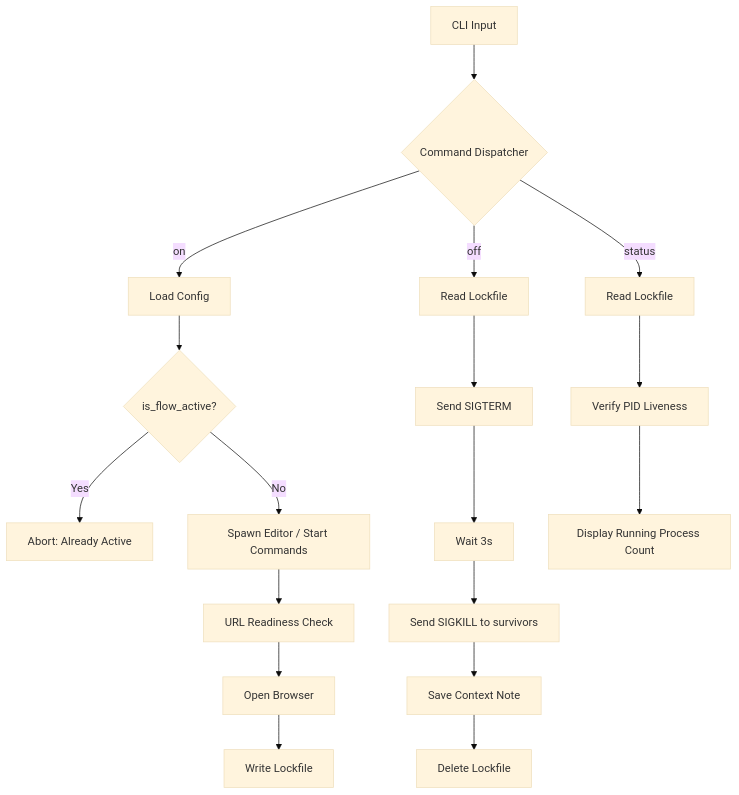
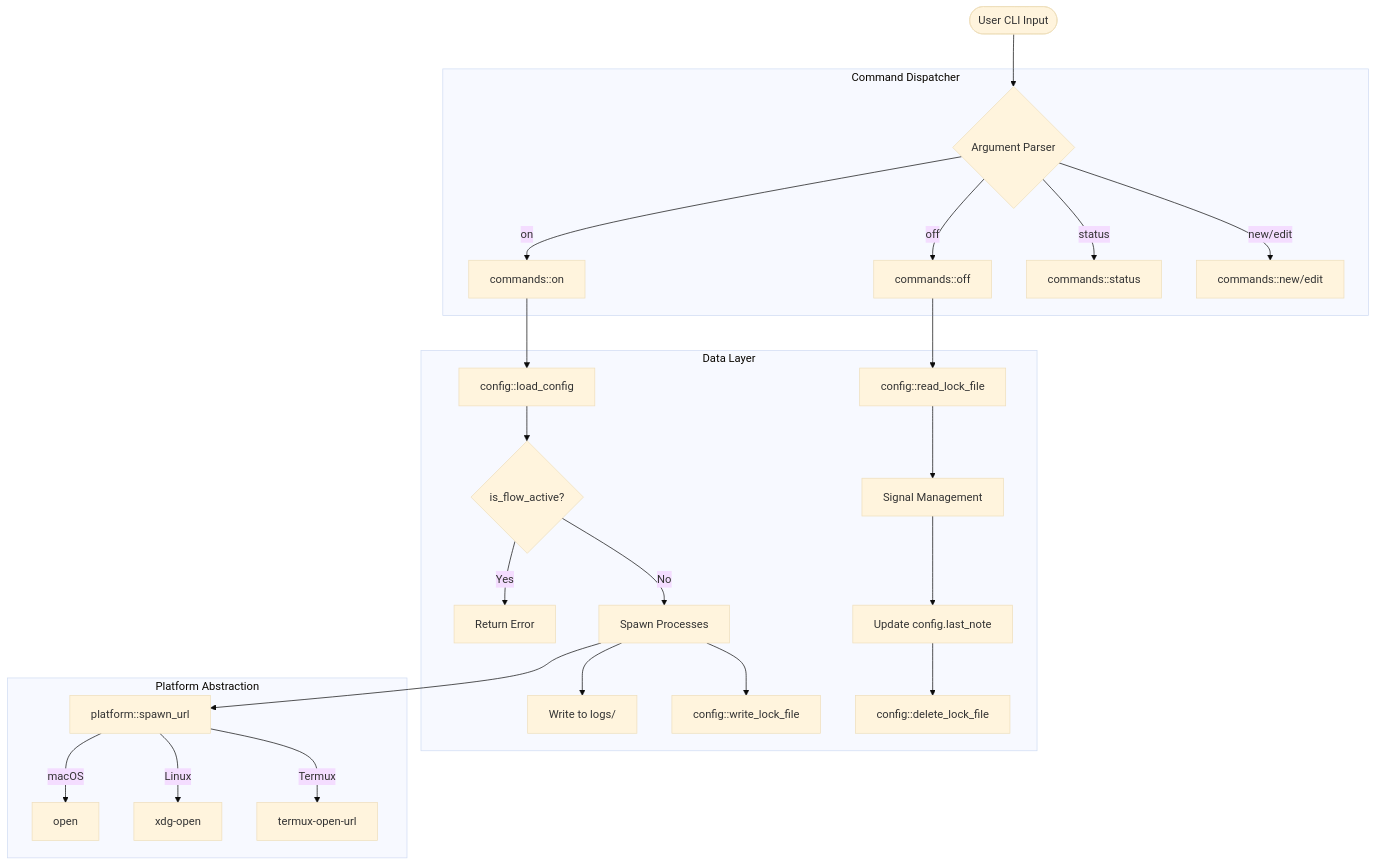
One commit to Rehanasharmin/Progflow changed the diagram in DEVELOPER.md. Above: the diagram before and after it, drawn with Mermaid (base theme). The commit also changed other lines of this file and 1 other file, not shown here.

````diff
--- a/DEVELOPER.md
+++ b/DEVELOPER.md
@@ -42,23 +49,32 @@
 ```mermaid
 graph TD
-    A[CLI Input] --> B{Command Dispatcher}
+    User([User CLI Input]) --> Clap{Argument Parser}
     
-    B -->|on| C[Load Config]
-    C --> D{is_flow_active?}
-    D -->|Yes| E[Abort: Already Active]
-    D -->|No| F[Spawn Editor / Start Commands]
-    F --> G[URL Readiness Check]
-    G --> H[Open Browser]
-    H --> I[Write Lockfile]
-    
-    B -->|off| J[Read Lockfile]
-    J --> K[Send SIGTERM]
-    K --> L[Wait 3s]
-    L --> M[Send SIGKILL to survivors]
-    M --> N[Save Context Note]
-    N --> O[Delete Lockfile]
-    
-    B -->|status| P[Read Lockfile]
-    P --> Q[Verify PID Liveness]
-    Q --> R[Display Running Process Count]
+    subgraph Command Dispatcher
+        Clap -->|on| OnCmd[commands::on]
+        Clap -->|off| OffCmd[commands::off]
+        Clap -->|status| StatCmd[commands::status]
+        Clap -->|new/edit| ConfigCmd[commands::new/edit]
+    end
+
+    subgraph Data Layer
+        OnCmd --> LoadConf[config::load_config]
+        LoadConf --> ActiveCheck{is_flow_active?}
+        ActiveCheck -->|Yes| Abort[Return Error]
+        ActiveCheck -->|No| Exec[Spawn Processes]
+        Exec --> Log[Write to logs/]
+        Exec --> WriteLock[config::write_lock_file]
+        
+        OffCmd --> ReadLock[config::read_lock_file]
+        ReadLock --> Term[Signal Management]
+        Term --> SaveNote[Update config.last_note]
+        SaveNote --> DelLock[config::delete_lock_file]
+    end
+
+    subgraph Platform Abstraction
+        Exec --> Spawner[platform::spawn_url]
+        Spawner -->|macOS| OpenCmd[open]
+        Spawner -->|Linux| XdgCmd[xdg-open]
+        Spawner -->|Termux| TermuxCmd[termux-open-url]
+    end
 ```
````
